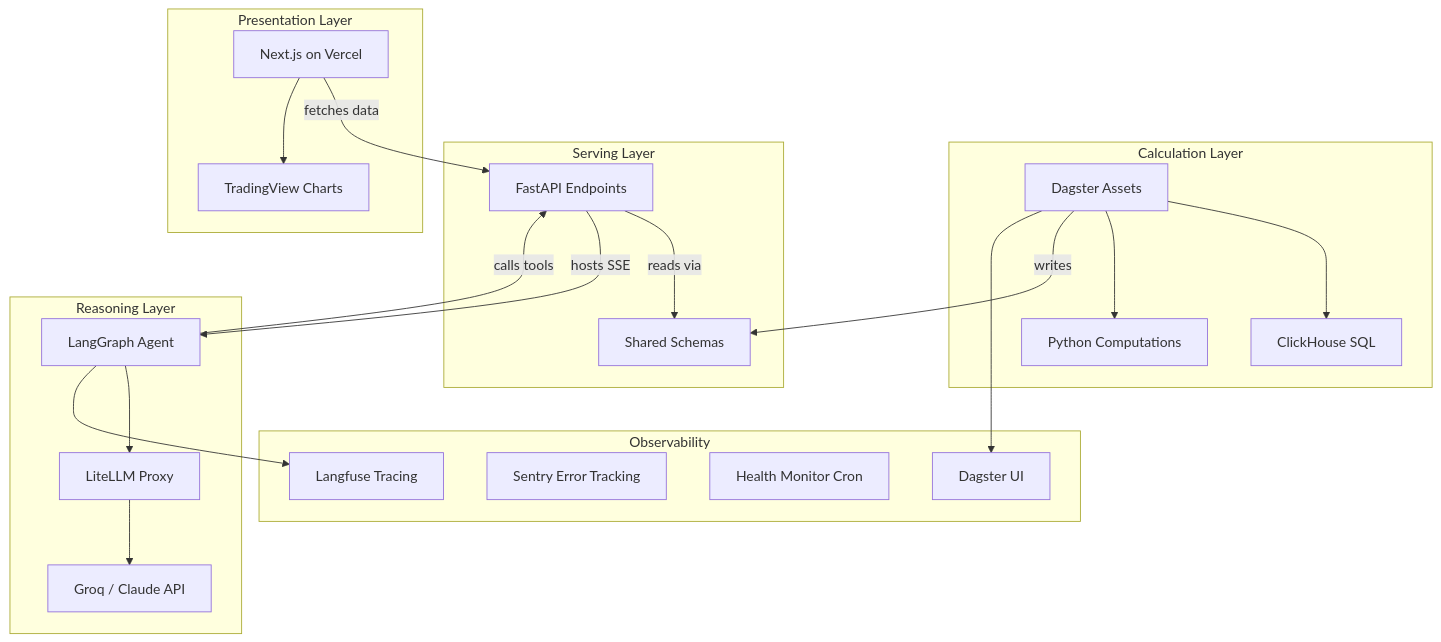
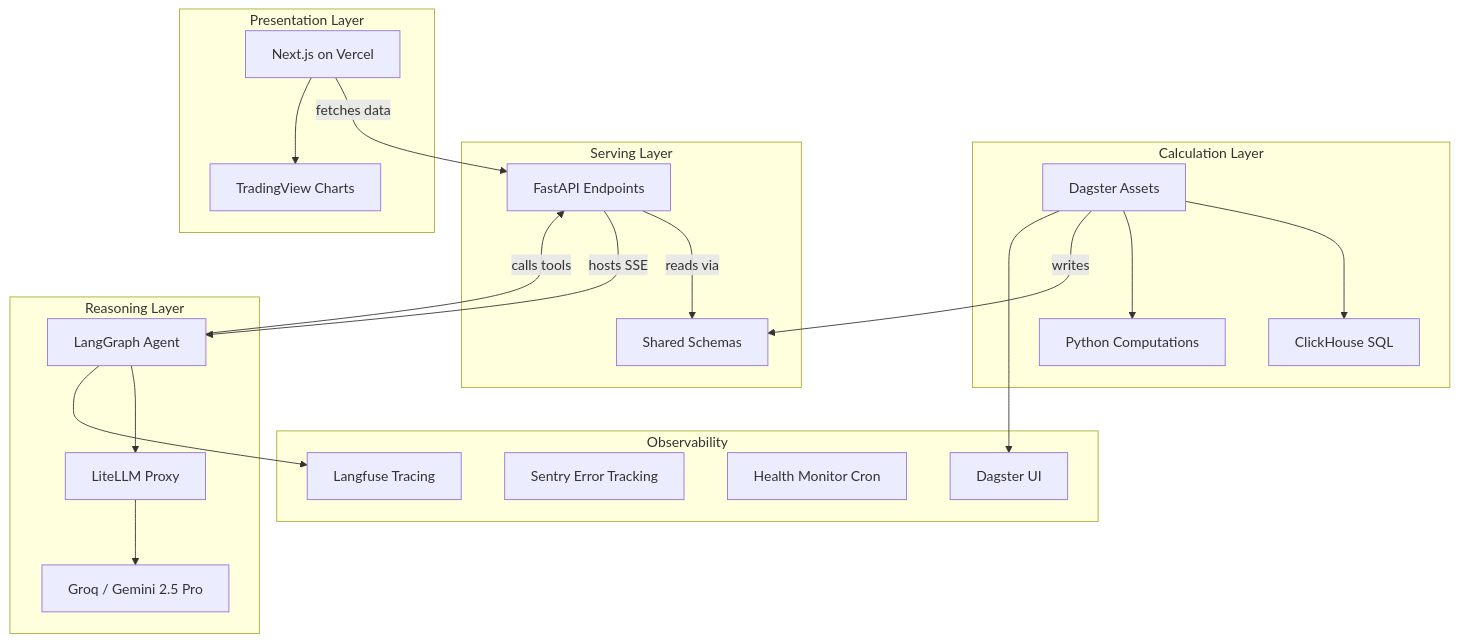
One commit to noahwins-ng/equity-data-agent changed the second of 2 diagrams in docs/project-requirement.md. Above: the diagram before and after it, drawn with Mermaid. The commit also changed other lines of this file and 6 other files, not shown here.

````diff
--- a/docs/project-requirement.md
+++ b/docs/project-requirement.md
@@ -115,43 +115,43 @@
 ```mermaid
 graph TD
     subgraph Calculation Layer
         D[Dagster Assets]
         SQL[ClickHouse SQL]
         PY[Python Computations]
     end
 
     subgraph Serving Layer
         FA[FastAPI Endpoints]
         SC[Shared Schemas]
     end
 
     subgraph Reasoning Layer
         LG[LangGraph Agent]
         LIT[LiteLLM Proxy]
-        OLL[Groq / Claude API]
+        OLL[Groq / Gemini 2.5 Pro]
     end
 
     subgraph Presentation Layer
         NX[Next.js on Vercel]
         TV[TradingView Charts]
     end
 
     subgraph Observability
         LF[Langfuse Tracing]
         SE[Sentry Error Tracking]
         HM[Health Monitor Cron]
         DUI[Dagster UI]
     end
 
     D --> SQL
     D --> PY
     D -->|writes| SC
     FA -->|reads via| SC
     LG -->|calls tools| FA
     FA -->|hosts SSE| LG
     NX -->|fetches data| FA
     NX --> TV
     LG --> LIT --> OLL
     LG --> LF
     D --> DUI
 ```
````
